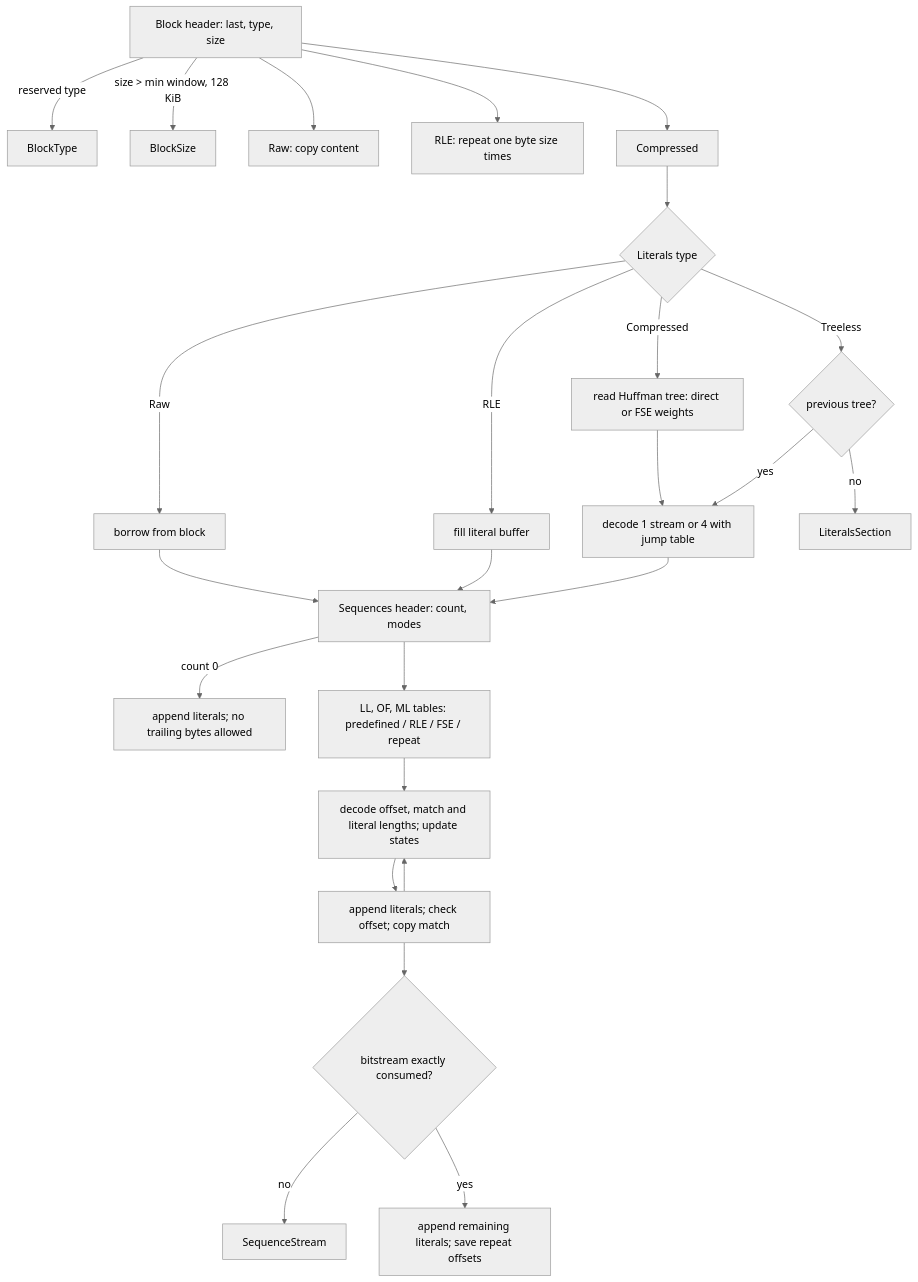
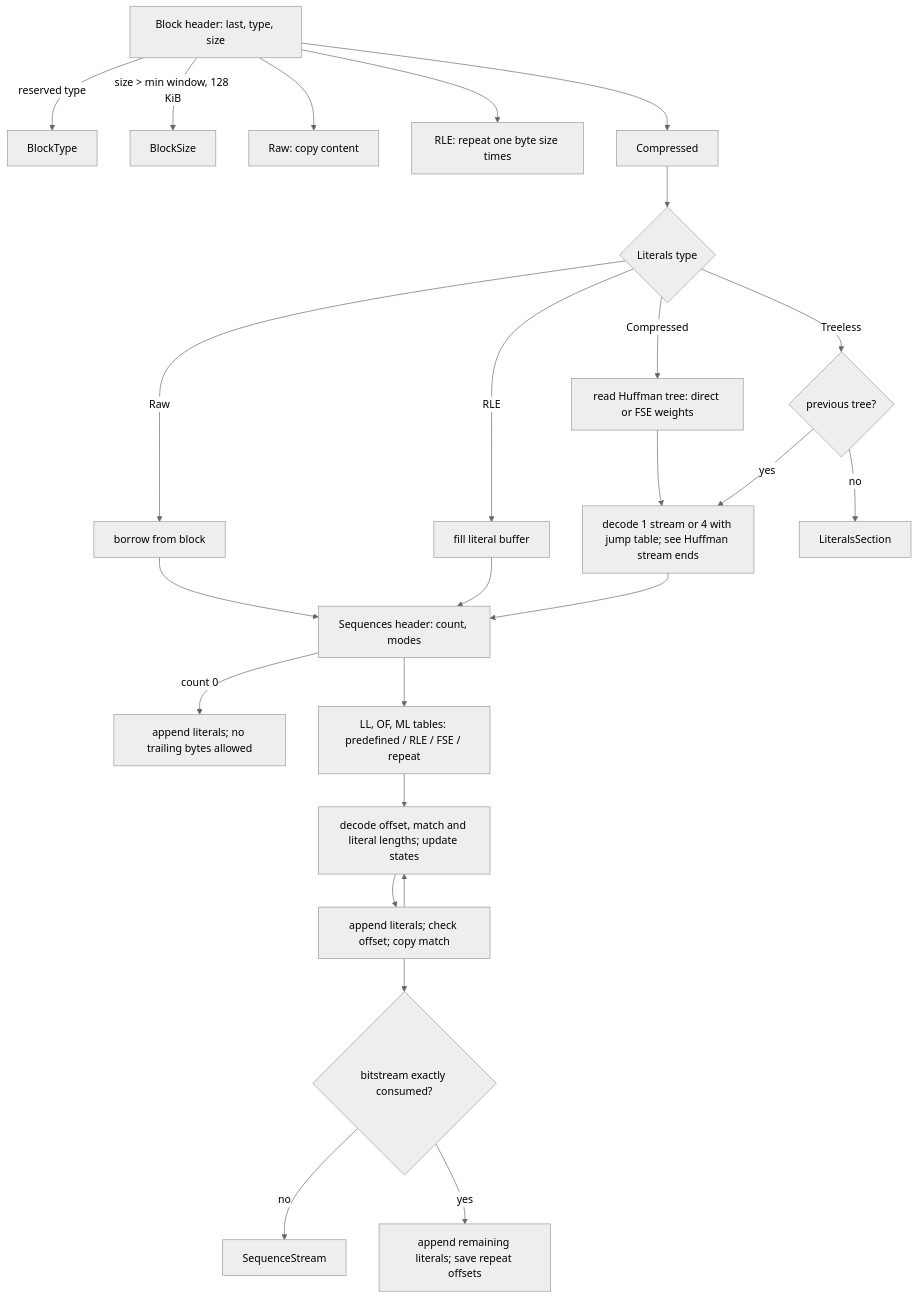
The ninth of 10 diagrams in architecture/decompressor.md (M-Compressors/mzstd), drawn with Mermaid (neutral theme) before and after one commit. The commit also changed other lines of this file and 29 other files, not shown here.

Commit message:
Accept HuffmanStream type

````diff
--- a/architecture/decompressor.md
+++ b/architecture/decompressor.md
@@ -452,25 +453,25 @@
 ```mermaid
 flowchart TD
     Header[Block header: last, type, size] -->|reserved type| E1[BlockType]
     Header -->|size > min window, 128 KiB| E2[BlockSize]
     Header --> Raw[Raw: copy content]
     Header --> Rle[RLE: repeat one byte size times]
     Header --> Compressed
     Compressed --> Lit{Literals type}
     Lit -->|Raw| Borrow[borrow from block]
     Lit -->|RLE| Fill[fill literal buffer]
     Lit -->|Compressed| Tree[read Huffman tree: direct or FSE weights] --> Streams
     Lit -->|Treeless| Prev{previous tree?} -->|no| E3[LiteralsSection]
-    Prev -->|yes| Streams[decode 1 stream or 4 with jump table]
+    Prev -->|yes| Streams[decode 1 stream or 4 with jump table; see Huffman stream ends]
     Borrow --> Seq
     Fill --> Seq
     Streams --> Seq[Sequences header: count, modes]
     Seq -->|count 0| Tail[append literals; no trailing bytes allowed]
     Seq --> Tables[LL, OF, ML tables: predefined / RLE / FSE / repeat]
     Tables --> Loop[decode offset, match and literal lengths; update states]
     Loop --> Exec[append literals; check offset; copy match]
     Exec --> Loop
     Exec --> End{bitstream exactly consumed?}
     End -->|no| E4[SequenceStream]
     End -->|yes| Rest[append remaining literals; save repeat offsets]
 ```
````
